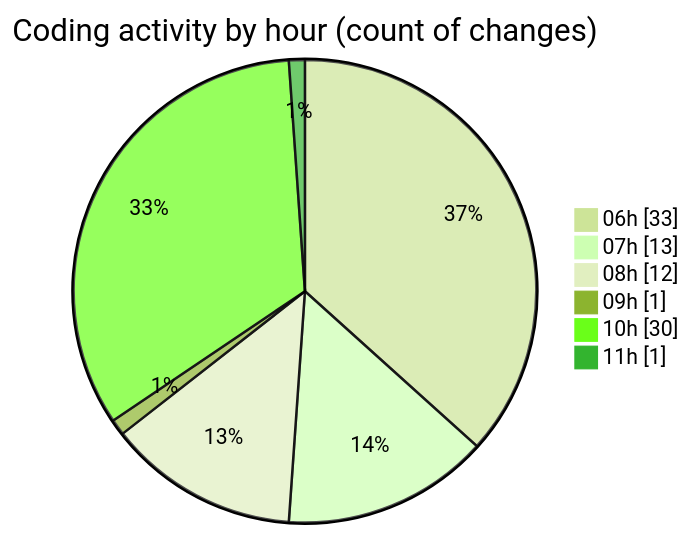
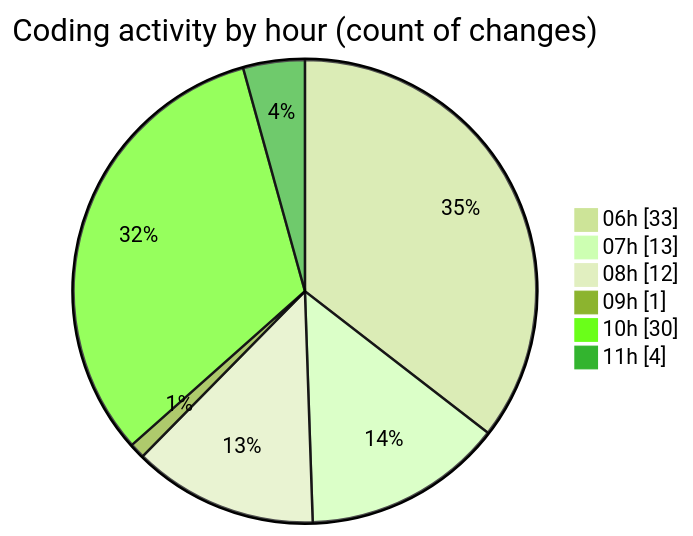
Before and after one commit to charlie-sans/code-tracking: the second of 2 diagrams in 2025-02-21/micros/README.md, drawn with Mermaid (forest theme). The commit also changed other lines of this file and 1 other file, not shown here.

````diff
--- a/2025-02-21/micros/README.md
+++ b/2025-02-21/micros/README.md
@@ -76,10 +77,10 @@
 ```mermaid
 pie showData
 title Coding activity by hour (count of changes)
 "06h" : 33
 "07h" : 13
 "08h" : 12
 "09h" : 1
 "10h" : 30
-"11h" : 1
+"11h" : 4
 ```
````
